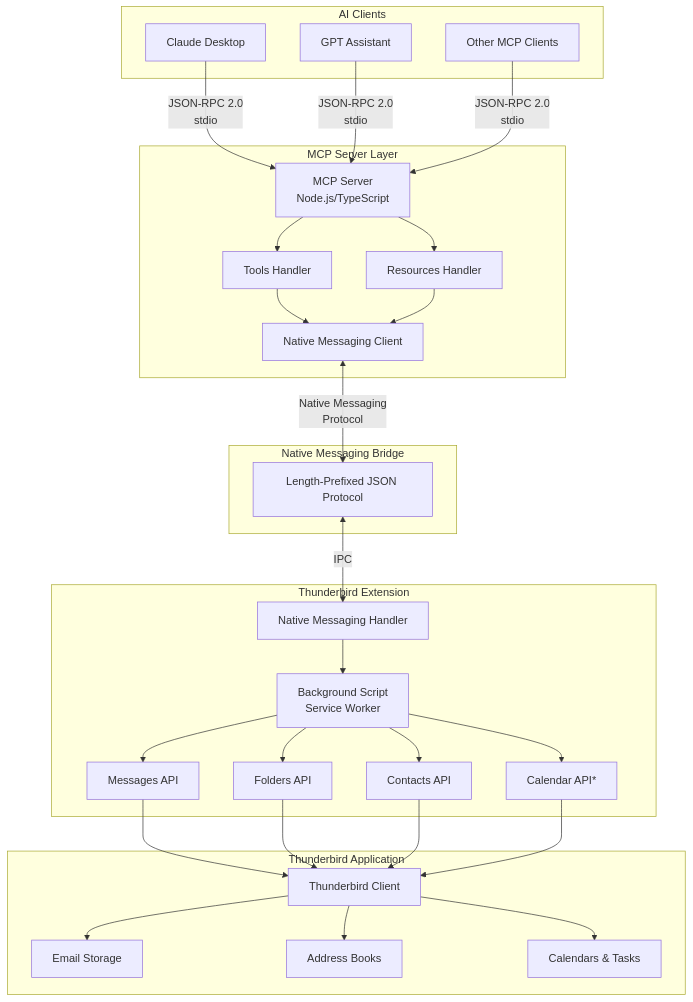
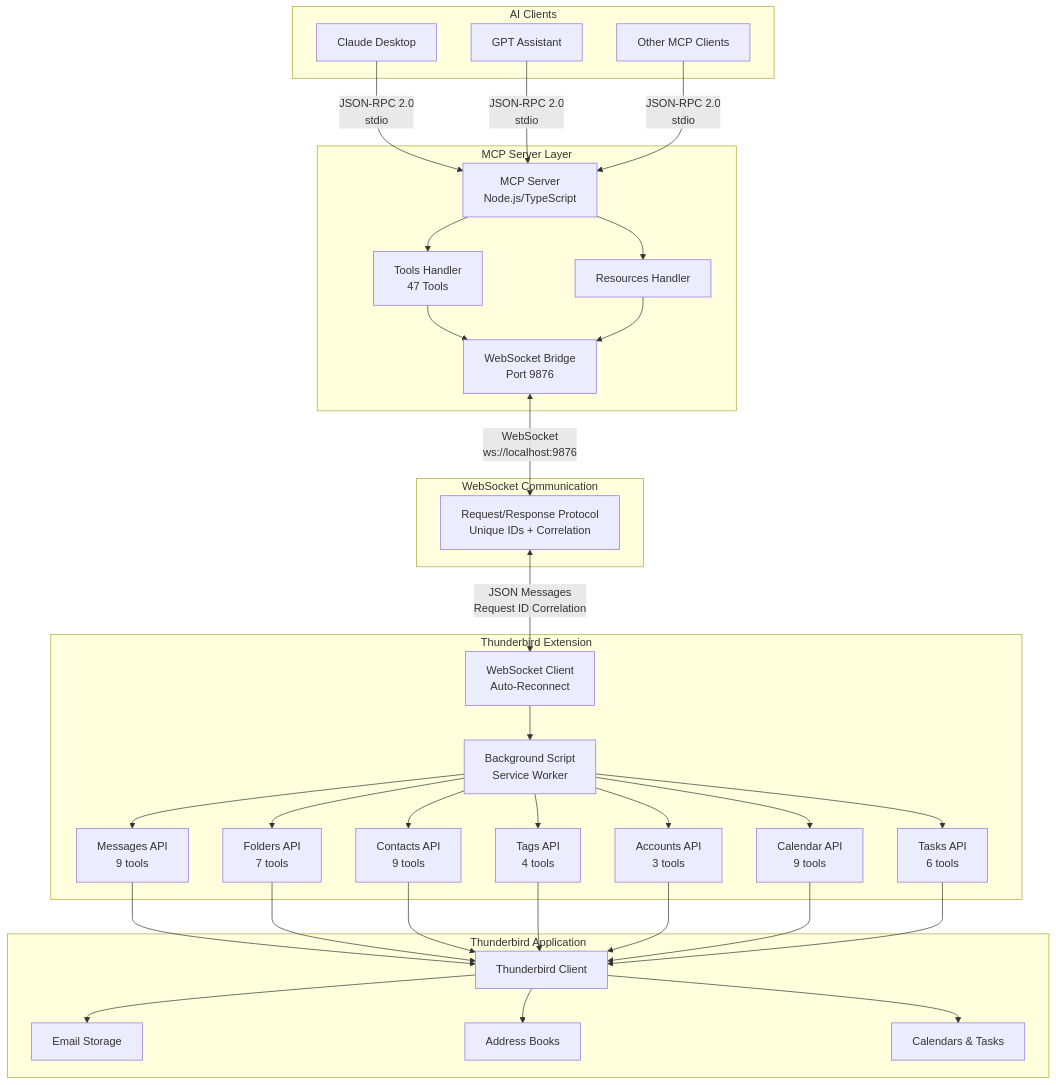
Before and after one commit to assistance-micro-design/zileo-mcp-thunderbird: the first of 4 diagrams in docs/architecture/overview.md, drawn with Mermaid. The commit also changed other lines of this file and 7 other files, not shown here.

````diff
--- a/docs/architecture/overview.md
+++ b/docs/architecture/overview.md
@@ -9,62 +9,71 @@
 ```mermaid
 graph TB
     subgraph "AI Clients"
         Claude[Claude Desktop]
         GPT[GPT Assistant]
         Other[Other MCP Clients]
     end
 
     subgraph "MCP Server Layer"
         MCP[MCP Server<br/>Node.js/TypeScript]
-        Tools[Tools Handler]
+        Tools[Tools Handler<br/>47 Tools]
         Resources[Resources Handler]
-        NMClient[Native Messaging Client]
+        WSBridge[WebSocket Bridge<br/>Port 9876]
     end
 
-    subgraph "Native Messaging Bridge"
-        Protocol[Length-Prefixed JSON Protocol]
+    subgraph "WebSocket Communication"
+        Protocol[Request/Response Protocol<br/>Unique IDs + Correlation]
     end
 
     subgraph "Thunderbird Extension"
         Background[Background Script<br/>Service Worker]
-        MessagesAPI[Messages API]
-        FoldersAPI[Folders API]
-        ContactsAPI[Contacts API]
-        CalendarExp[Calendar API*]
-        NMHandler[Native Messaging Handler]
+        WSClient[WebSocket Client<br/>Auto-Reconnect]
+        MessagesAPI[Messages API<br/>9 tools]
+        FoldersAPI[Folders API<br/>7 tools]
+        ContactsAPI[Contacts API<br/>9 tools]
+        TagsAPI[Tags API<br/>4 tools]
+        AccountsAPI[Accounts API<br/>3 tools]
+        CalendarAPI[Calendar API<br/>9 tools]
+        TasksAPI[Tasks API<br/>6 tools]
     end
 
     subgraph "Thunderbird Application"
         TB[Thunderbird Client]
         Mail[Email Storage]
         Contacts[Address Books]
         Calendar[Calendars & Tasks]
     end
 
     Claude -->|JSON-RPC 2.0<br/>stdio| MCP
     GPT -->|JSON-RPC 2.0<br/>stdio| MCP
     Other -->|JSON-RPC 2.0<br/>stdio| MCP
 
     MCP --> Tools
     MCP --> Resources
-    Tools --> NMClient
-    Resources --> NMClient
+    Tools --> WSBridge
+    Resources --> WSBridge
 
-    NMClient <-->|Native Messaging<br/>Protocol| Protocol
-    Protocol <-->|IPC| NMHandler
+    WSBridge <-->|WebSocket<br/>ws://localhost:9876| Protocol
+    Protocol <-->|JSON Messages<br/>Request ID Correlation| WSClient
 
-    NMHandler --> Background
+    WSClient --> Background
     Background --> MessagesAPI
     Background --> FoldersAPI
     Background --> ContactsAPI
-    Background --> CalendarExp
+    Background --> TagsAPI
+    Background --> AccountsAPI
+    Background --> CalendarAPI
+    Background --> TasksAPI
 
     MessagesAPI --> TB
     FoldersAPI --> TB
     ContactsAPI --> TB
-    CalendarExp --> TB
+    TagsAPI --> TB
+    AccountsAPI --> TB
+    CalendarAPI --> TB
+    TasksAPI --> TB
 
     TB --> Mail
     TB --> Contacts
     TB --> Calendar
 ```
````
